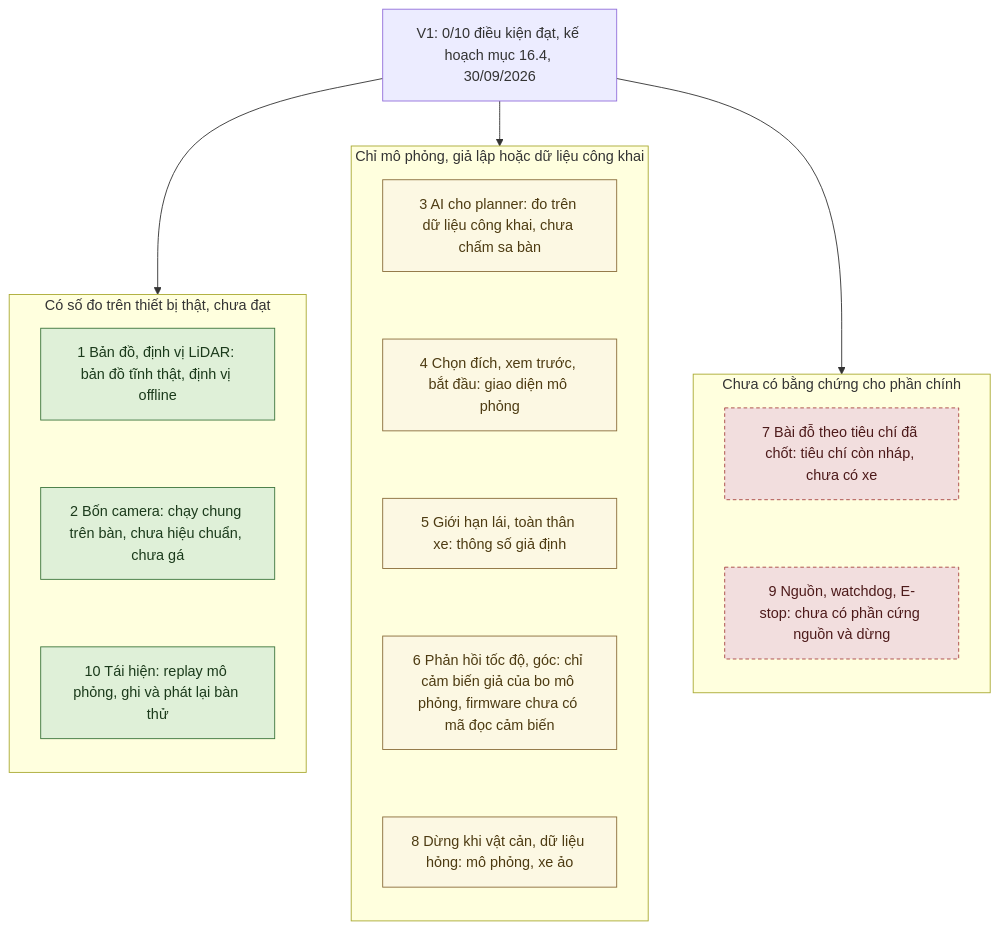
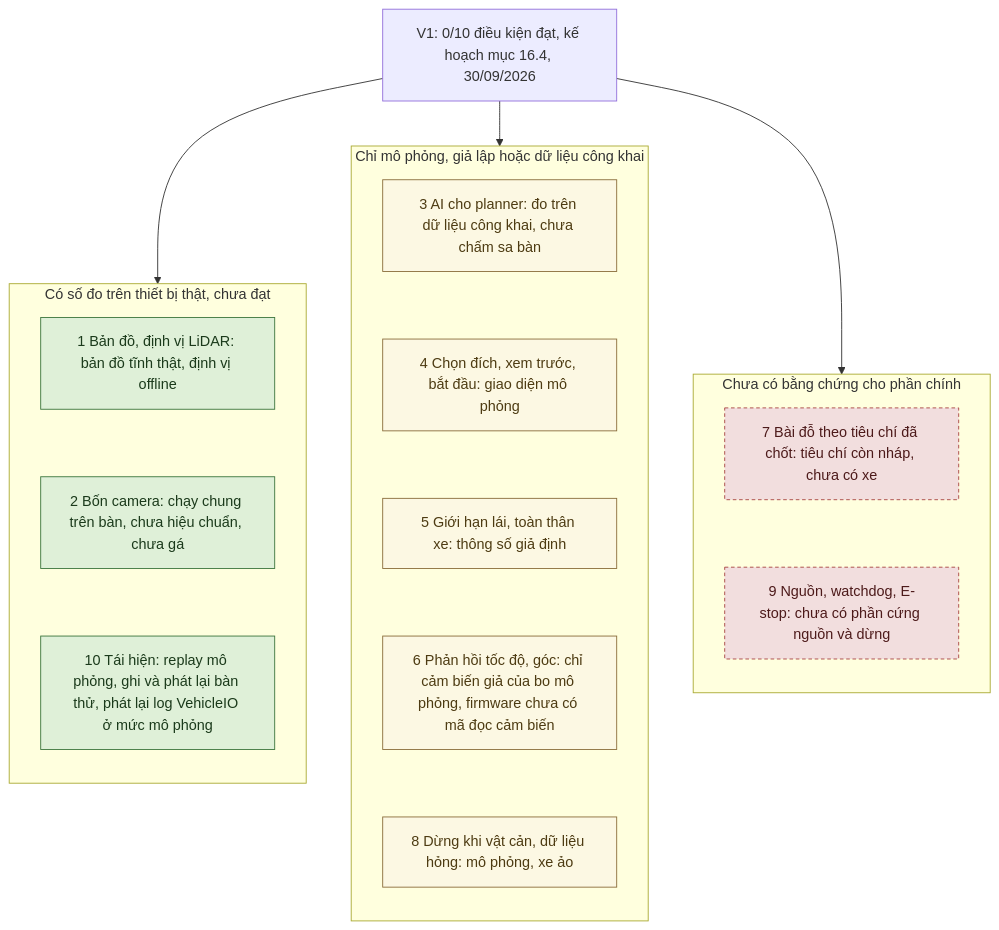
Before and after one commit to thbn12082/autopark: the fourth of 4 diagrams in KE_HOACH_TRIEN_KHAI_XE_TU_DO_v3.1.md, drawn with Mermaid. The commit also changed other lines of this file and 82 other files, not shown here.

````diff
--- a/KE_HOACH_TRIEN_KHAI_XE_TU_DO_v3.1.md
+++ b/KE_HOACH_TRIEN_KHAI_XE_TU_DO_v3.1.md
@@ -475,35 +475,35 @@
 ```mermaid
 flowchart TD
     V["V1: 0/10 điều kiện đạt, kế hoạch mục 16.4, 30/09/2026"]
     subgraph SG_BT["Có số đo trên thiết bị thật, chưa đạt"]
         direction TB
         C1["1 Bản đồ, định vị LiDAR: bản đồ tĩnh thật, định vị offline"]
         C2["2 Bốn camera: chạy chung trên bàn, chưa hiệu chuẩn, chưa gá"]
-        C10["10 Tái hiện: replay mô phỏng, ghi và phát lại bàn thử"]
+        C10["10 Tái hiện: replay mô phỏng, ghi và phát lại bàn thử, phát lại log VehicleIO ở mức mô phỏng"]
         C1 ~~~ C2 ~~~ C10
     end
     subgraph SG_MP["Chỉ mô phỏng, giả lập hoặc dữ liệu công khai"]
         direction TB
         C3["3 AI cho planner: đo trên dữ liệu công khai, chưa chấm sa bàn"]
         C4["4 Chọn đích, xem trước, bắt đầu: giao diện mô phỏng"]
         C5["5 Giới hạn lái, toàn thân xe: thông số giả định"]
         C6["6 Phản hồi tốc độ, góc: chỉ cảm biến giả của bo mô phỏng, firmware chưa có mã đọc cảm biến"]
         C8["8 Dừng khi vật cản, dữ liệu hỏng: mô phỏng, xe ảo"]
         C3 ~~~ C4 ~~~ C5 ~~~ C6 ~~~ C8
     end
     subgraph SG_CL["Chưa có bằng chứng cho phần chính"]
         direction TB
         C7["7 Bài đỗ theo tiêu chí đã chốt: tiêu chí còn nháp, chưa có xe"]
         C9["9 Nguồn, watchdog, E-stop: chưa có phần cứng nguồn và dừng"]
         C7 ~~~ C9
     end
     V --> SG_BT
     V --> SG_MP
     V --> SG_CL
     classDef daco fill:#dff0d8,stroke:#3c763d,color:#1b3a1b
     classDef giaLap fill:#fcf8e3,stroke:#8a6d3b,color:#4d3b12
     classDef chuaLam fill:#f2dede,stroke:#a94442,color:#4d1a1a,stroke-dasharray: 4 3
     class C1,C2,C10 daco
     class C3,C4,C5,C6,C8 giaLap
     class C7,C9 chuaLam
 ```
````
